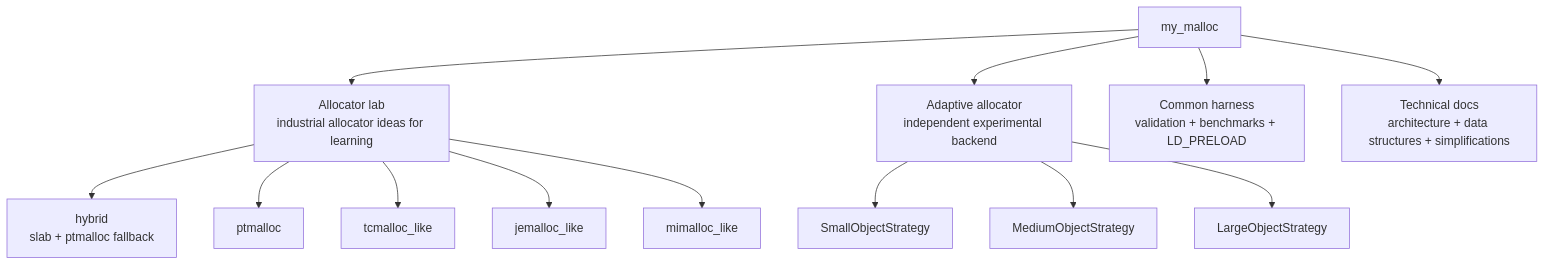
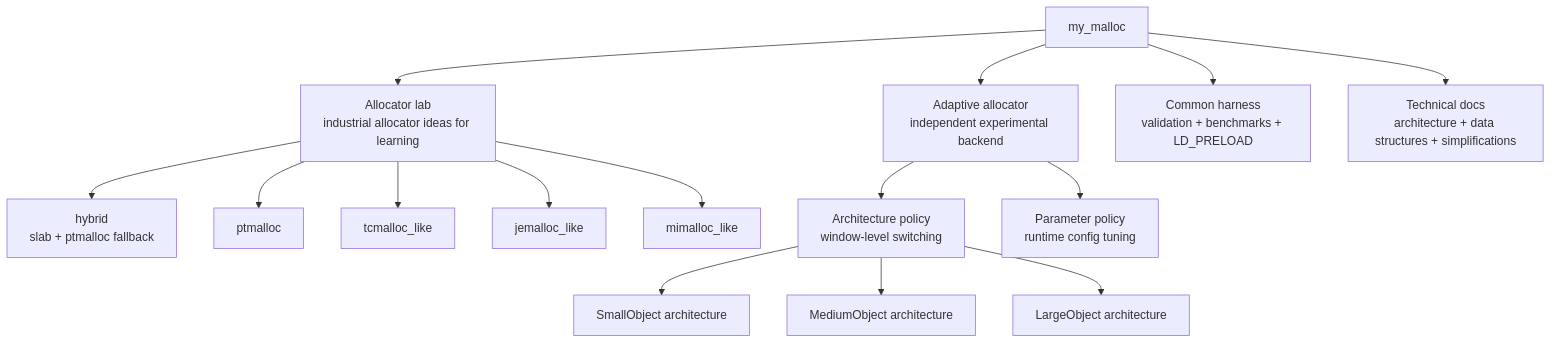
One commit to sdsasf/my_malloc changed the first of 3 diagrams in docs/system_architecture.md. Above: the diagram before and after it, drawn with Mermaid. The commit also changed other lines of this file and 7 other files, not shown here.

Commit message:
Add two-layer adaptive tuning

````diff
--- a/docs/system_architecture.md
+++ b/docs/system_architecture.md
@@ -12,24 +12,26 @@
 ```mermaid
 flowchart TB
     Project["my_malloc"]
 
     Lab["Allocator lab<br/>industrial allocator ideas for learning"]
     Adaptive["Adaptive allocator<br/>independent experimental backend"]
     Harness["Common harness<br/>validation + benchmarks + LD_PRELOAD"]
     Docs["Technical docs<br/>architecture + data structures + simplifications"]
 
     Project --> Lab
     Project --> Adaptive
     Project --> Harness
     Project --> Docs
 
     Lab --> Hybrid["hybrid<br/>slab + ptmalloc fallback"]
     Lab --> PT["ptmalloc"]
     Lab --> TC["tcmalloc_like"]
     Lab --> JE["jemalloc_like"]
     Lab --> MI["mimalloc_like"]
 
-    Adaptive --> AS["SmallObjectStrategy"]
-    Adaptive --> AM["MediumObjectStrategy"]
-    Adaptive --> AL["LargeObjectStrategy"]
+    Adaptive --> AP["Architecture policy<br/>window-level switching"]
+    Adaptive --> TP["Parameter policy<br/>runtime config tuning"]
+    AP --> AS["SmallObject architecture"]
+    AP --> AM["MediumObject architecture"]
+    AP --> AL["LargeObject architecture"]
 ```
````
